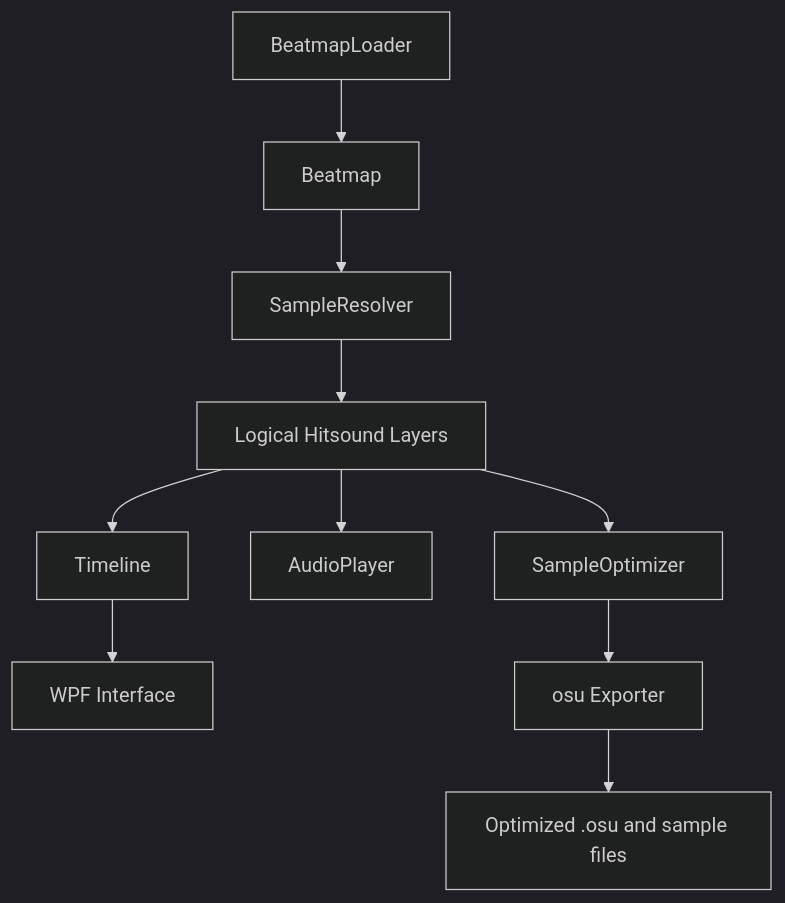
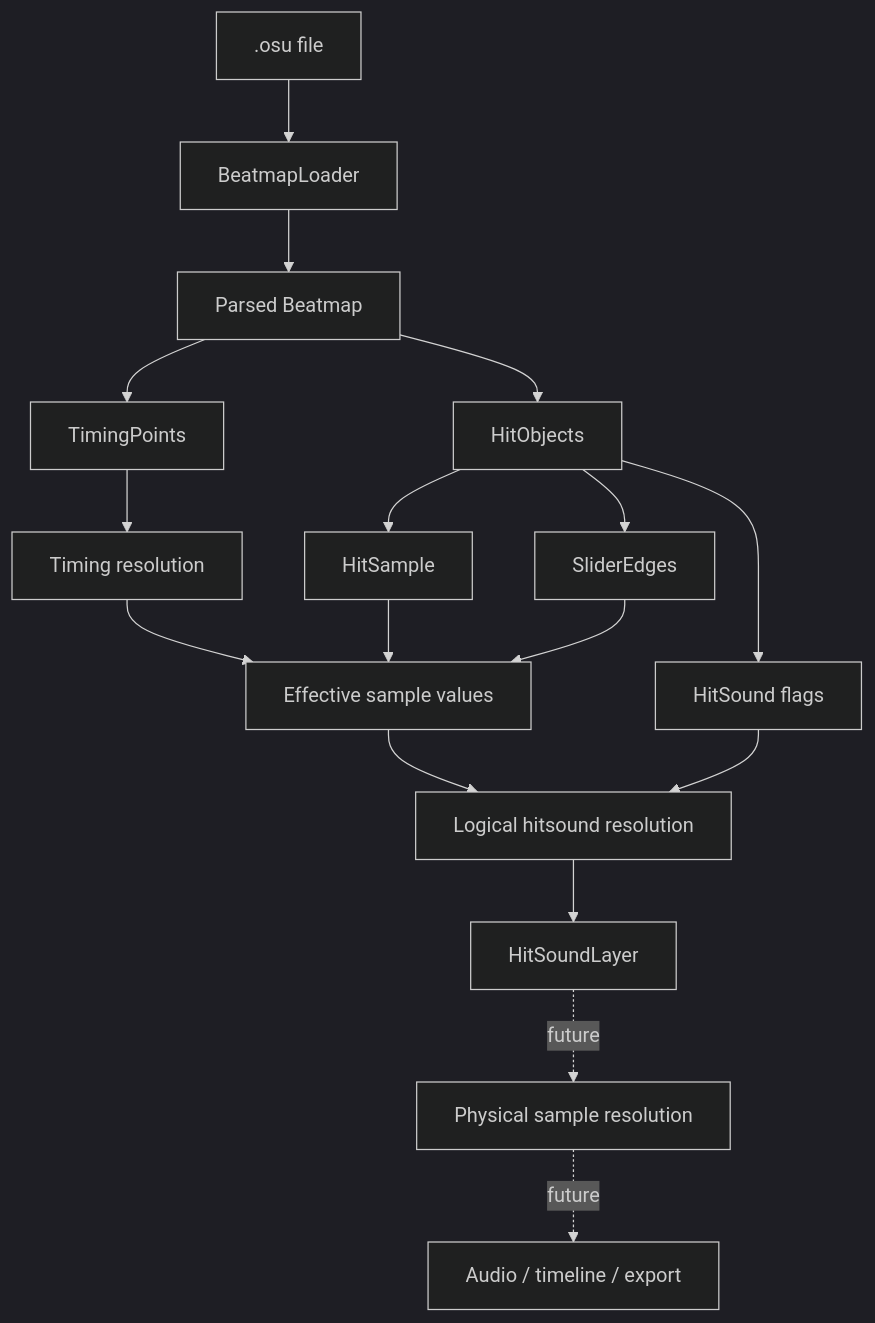
One commit to FAJIFBEFJHA/osu-hitsound-editor changed the tenth of 11 diagrams in docs/architecture.md. Above: the diagram before and after it, drawn with Mermaid (dark theme). The commit also changed other lines of this file and 16 other files, not shown here.

Commit message:
feat: complete hitsound resolution and prepare public repository

````diff
--- a/docs/architecture.md
+++ b/docs/architecture.md
@@ -349,20 +632,28 @@
 ```mermaid
 flowchart TD
 
-    A[BeatmapLoader] --> B[Beatmap]
+    A[.osu file] --> B[BeatmapLoader]
+    B --> C[Parsed Beatmap]
 
-    B --> C[SampleResolver]
+    C --> D[TimingPoints]
+    C --> E[HitObjects]
 
-    C --> D[Logical Hitsound Layers]
+    E --> F[HitSample]
+    E --> G[SliderEdges]
 
-    D --> E[Timeline]
-    D --> F[AudioPlayer]
+    D --> H[Timing resolution]
 
-    E --> G[WPF Interface]
+    F --> I[Effective sample values]
+    G --> I
+    H --> I
 
-    D --> H[SampleOptimizer]
+    E --> J[HitSound flags]
 
-    H --> I[osu Exporter]
+    I --> K[Logical hitsound resolution]
+    J --> K
 
-    I --> J[Optimized .osu and sample files]
+    K --> L[HitSoundLayer]
+
+    L -. future .-> M[Physical sample resolution]
+    M -. future .-> N[Audio / timeline / export]
 ```
````
